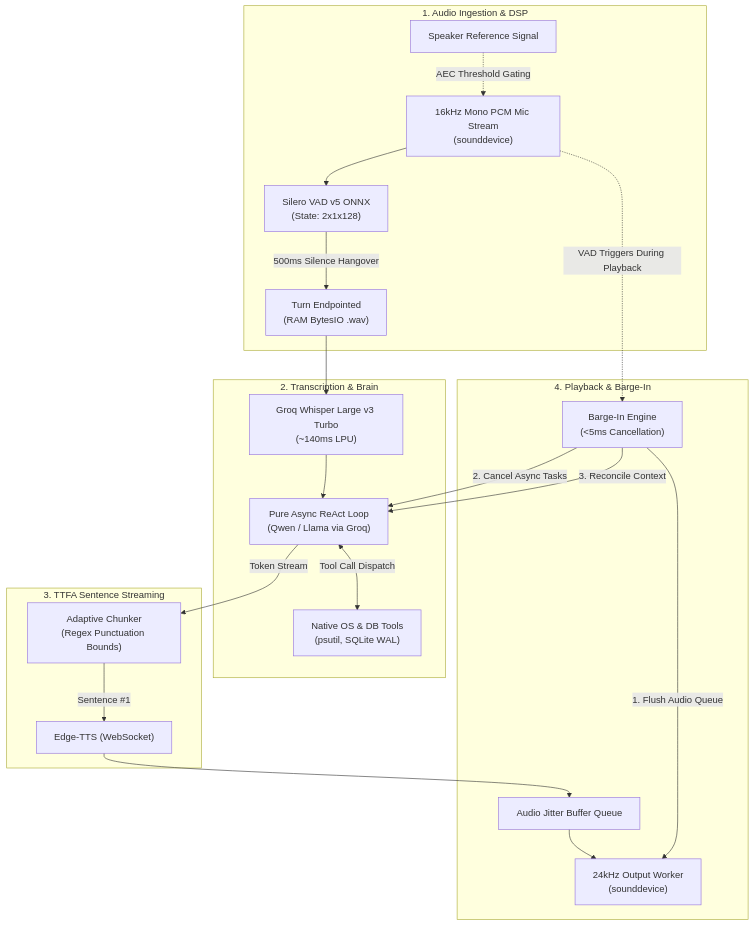
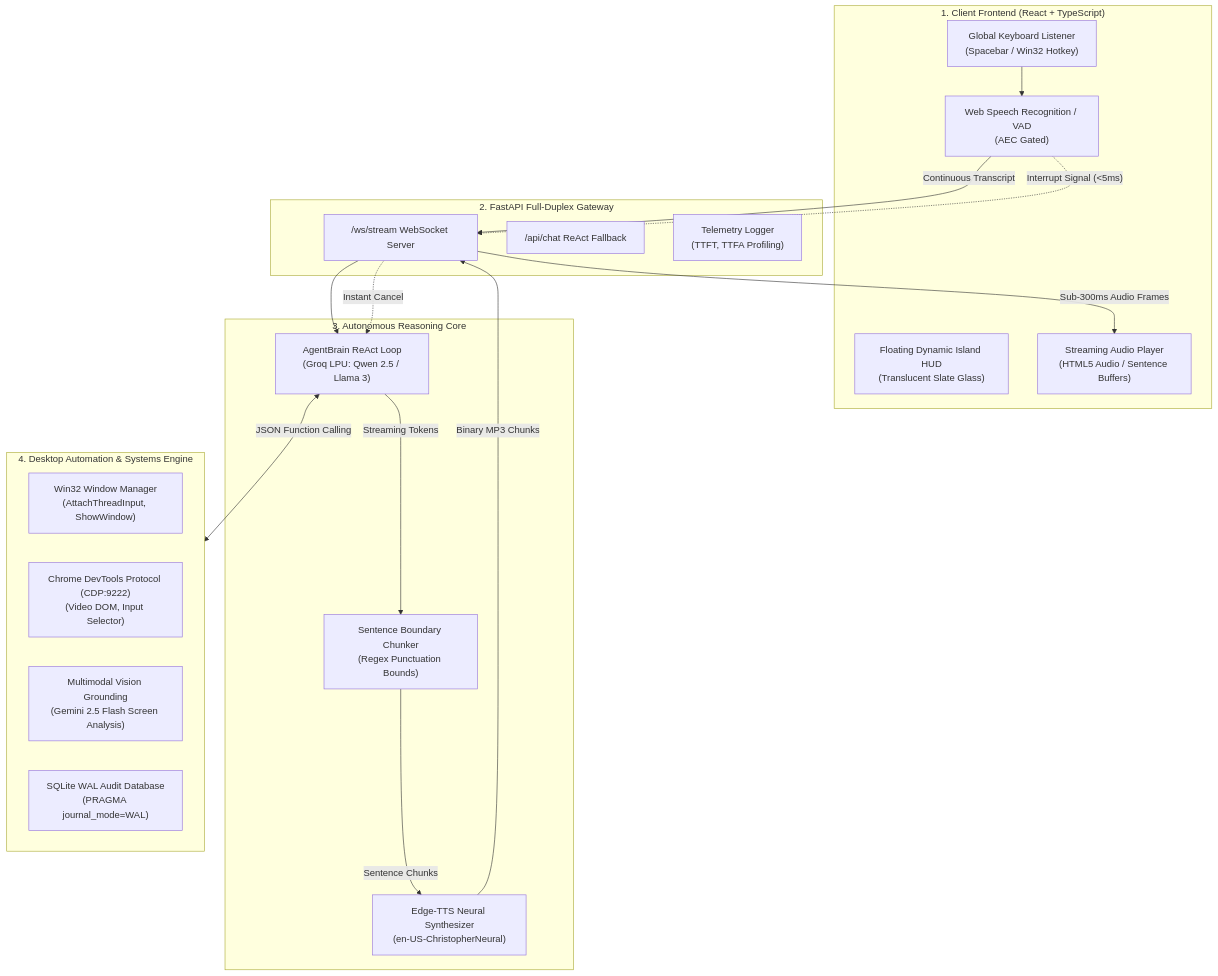
The diagram in README.md (Nikil-R/Autonomous-Voice-Agent-with-Desktop-Automation), drawn with Mermaid before and after one commit. The commit also changed other lines of this file, not shown here.

Commit message:
docs: write comprehensive production-grade README with architecture, tool schemas, and setup instructions

````diff
--- a/README.md
+++ b/README.md
@@ -9,28 +29,39 @@
 ```mermaid
 flowchart TD
-    subgraph AudioIO["1. Audio Ingestion & DSP"]
-        MIC["16kHz Mono PCM Mic Stream\n(sounddevice)"] --> VAD["Silero VAD v5 ONNX\n(State: 2x1x128)"]
-        VAD -->|"500ms Silence Hangover"| ENDPOINT["Turn Endpointed\n(RAM BytesIO .wav)"]
-        SPK_REF["Speaker Reference Signal"] -.->|"AEC Threshold Gating"| MIC
+    subgraph Client["1. Client Frontend (React + TypeScript)"]
+        NOTCH["Floating Dynamic Island HUD\n(Translucent Slate Glass)"]
+        HOTKEY["Global Keyboard Listener\n(Spacebar / Win32 Hotkey)"]
+        REC["Web Speech Recognition / VAD\n(AEC Gated)"]
+        QUEUE["Streaming Audio Player\n(HTML5 Audio / Sentence Buffers)"]
     end
 
-    subgraph CognitiveCore["2. Transcription & Brain"]
-        ENDPOINT --> STT["Groq Whisper Large v3 Turbo\n(~140ms LPU)"]
-        STT --> BRAIN["Pure Async ReAct Loop\n(Qwen / Llama via Groq)"]
-        BRAIN <-->|"Tool Call Dispatch"| TOOLS["Native OS & DB Tools\n(psutil, SQLite WAL)"]
+    subgraph Gateway["2. FastAPI Full-Duplex Gateway"]
+        WS["/ws/stream WebSocket Server"]
+        HTTP["/api/chat ReAct Fallback"]
+        TEL["Telemetry Logger\n(TTFT, TTFA Profiling)"]
     end
 
-    subgraph StreamingPipeline["3. TTFA Sentence Streaming"]
-        BRAIN -->|"Token Stream"| CHUNKER["Adaptive Chunker\n(Regex Punctuation Bounds)"]
-        CHUNKER -->|"Sentence #1"| TTS["Edge-TTS (WebSocket)"]
+    subgraph Cognitive["3. Autonomous Reasoning Core"]
+        ROUTER["AgentBrain ReAct Loop\n(Groq LPU: Qwen 2.5 / Llama 3)"]
+        CHUNKER["Sentence Boundary Chunker\n(Regex Punctuation Bounds)"]
+        TTS["Edge-TTS Neural Synthesizer\n(en-US-ChristopherNeural)"]
     end
 
-    subgraph Playback["4. Playback & Barge-In"]
-        TTS --> JITTER["Audio Jitter Buffer Queue"]
-        JITTER --> SPK["24kHz Output Worker\n(sounddevice)"]
-        MIC -.->|"VAD Triggers During Playback"| BARGE["Barge-In Engine\n(<5ms Cancellation)"]
-        BARGE -->|"1. Flush Audio Queue"| SPK
-        BARGE -->|"2. Cancel Async Tasks"| BRAIN
-        BARGE -->|"3. Reconcile Context"| BRAIN
+    subgraph OS_Tools["4. Desktop Automation & Systems Engine"]
+        WIN32["Win32 Window Manager\n(AttachThreadInput, ShowWindow)"]
+        CDP["Chrome DevTools Protocol (CDP:9222)\n(Video DOM, Input Selector)"]
+        VISION["Multimodal Vision Grounding\n(Gemini 2.5 Flash Screen Analysis)"]
+        WAL["SQLite WAL Audit Database\n(PRAGMA journal_mode=WAL)"]
     end
+
+    HOTKEY --> REC
+    REC -->|"Continuous Transcript"| WS
+    WS --> ROUTER
+    ROUTER <-->|"JSON Function Calling"| OS_Tools
+    ROUTER -->|"Streaming Tokens"| CHUNKER
+    CHUNKER -->|"Sentence Chunks"| TTS
+    TTS -->|"Binary MP3 Chunks"| WS
+    WS -->|"Sub-300ms Audio Frames"| QUEUE
+    REC -.->|"Interrupt Signal (<5ms)"| WS
+    WS -.->|"Instant Cancel"| ROUTER
 ```
````
